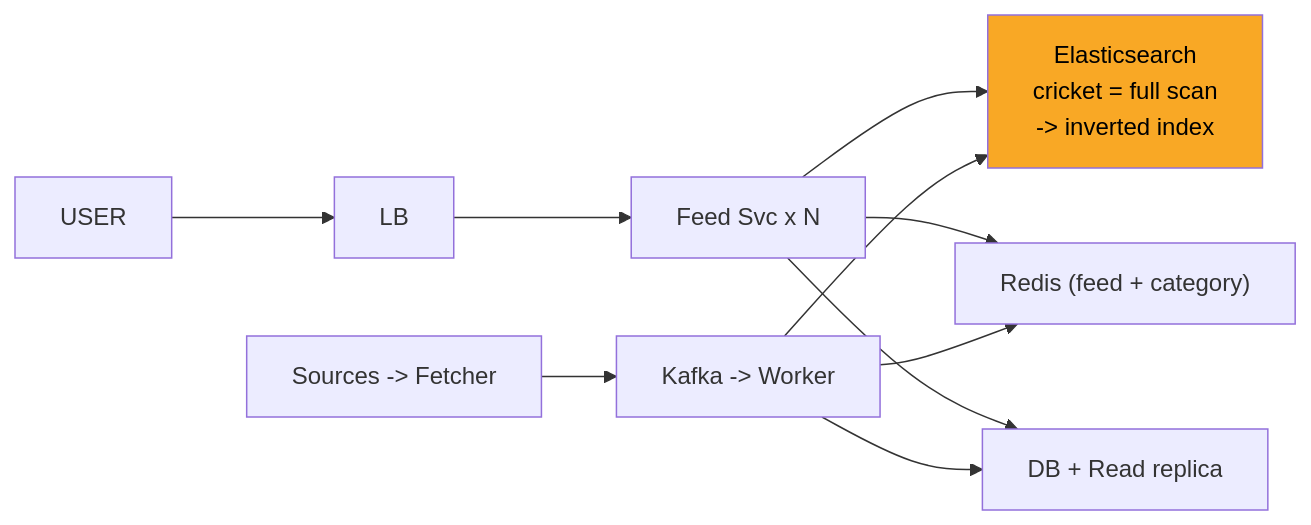
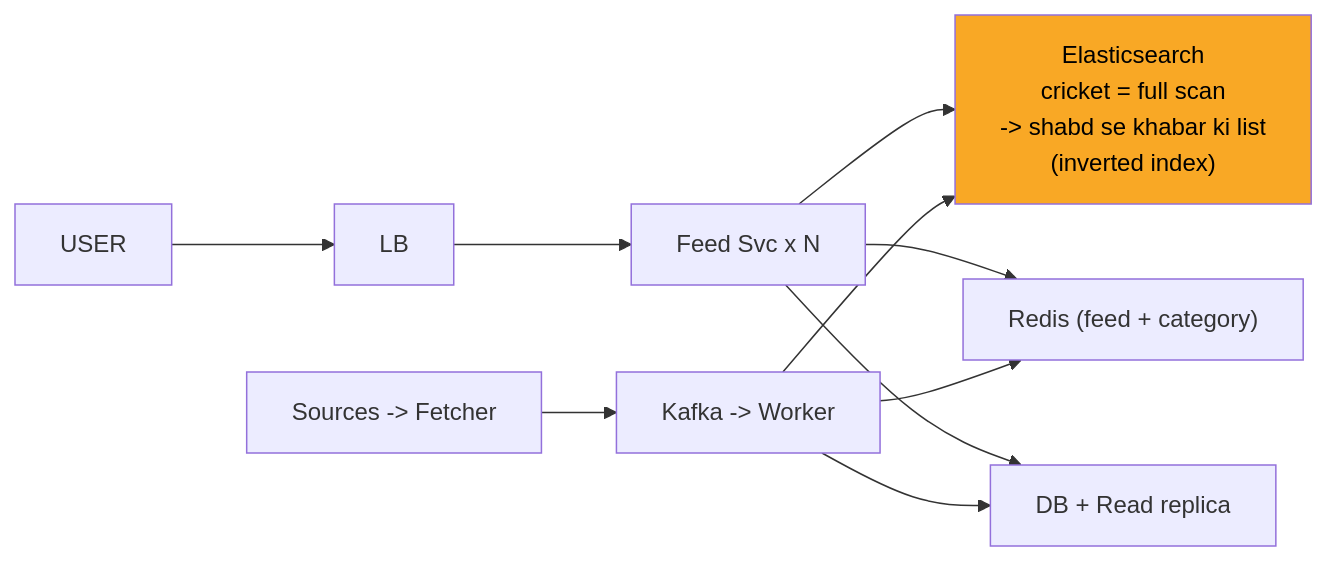
One commit to ArpanMaheshwari144/Prep changed the eighth of 11 diagrams in 04_HLD/SYSTEM_DESIGNS/08_news_aggregator/08_news_aggregator_INTERVIEW.md. Above: the diagram before and after it, drawn with Mermaid. The commit also changed other lines of this file and 13 other files, not shown here.

````diff
--- a/04_HLD/SYSTEM_DESIGNS/08_news_aggregator/08_news_aggregator_INTERVIEW.md
+++ b/04_HLD/SYSTEM_DESIGNS/08_news_aggregator/08_news_aggregator_INTERVIEW.md
@@ -279,21 +279,21 @@
 ```mermaid
 flowchart LR
     n_USER["USER"]
     n_LB["LB"]
     n_Feed_Svc_xN["Feed Svc x N"]
-    n_Elasticsearch["Elasticsearch<br/>cricket = full scan<br/>-> inverted index"]
+    n_Elasticsearch["Elasticsearch<br/>cricket = full scan<br/>-> shabd se khabar ki list<br/>(inverted index)"]
     n_Redis["Redis (feed + category)"]
     n_DBR["DB + Read replica"]
     n_KW["Kafka -> Worker"]
     n_SF["Sources -> Fetcher"]
     n_USER --> n_LB
     n_LB --> n_Feed_Svc_xN
     n_Feed_Svc_xN --> n_Elasticsearch
     n_Feed_Svc_xN --> n_Redis
     n_Feed_Svc_xN --> n_DBR
     n_KW --> n_DBR
     n_KW --> n_Redis
     n_KW --> n_Elasticsearch
     n_SF --> n_KW
     style n_Elasticsearch fill:#f9a825,color:#000
 ```
````
